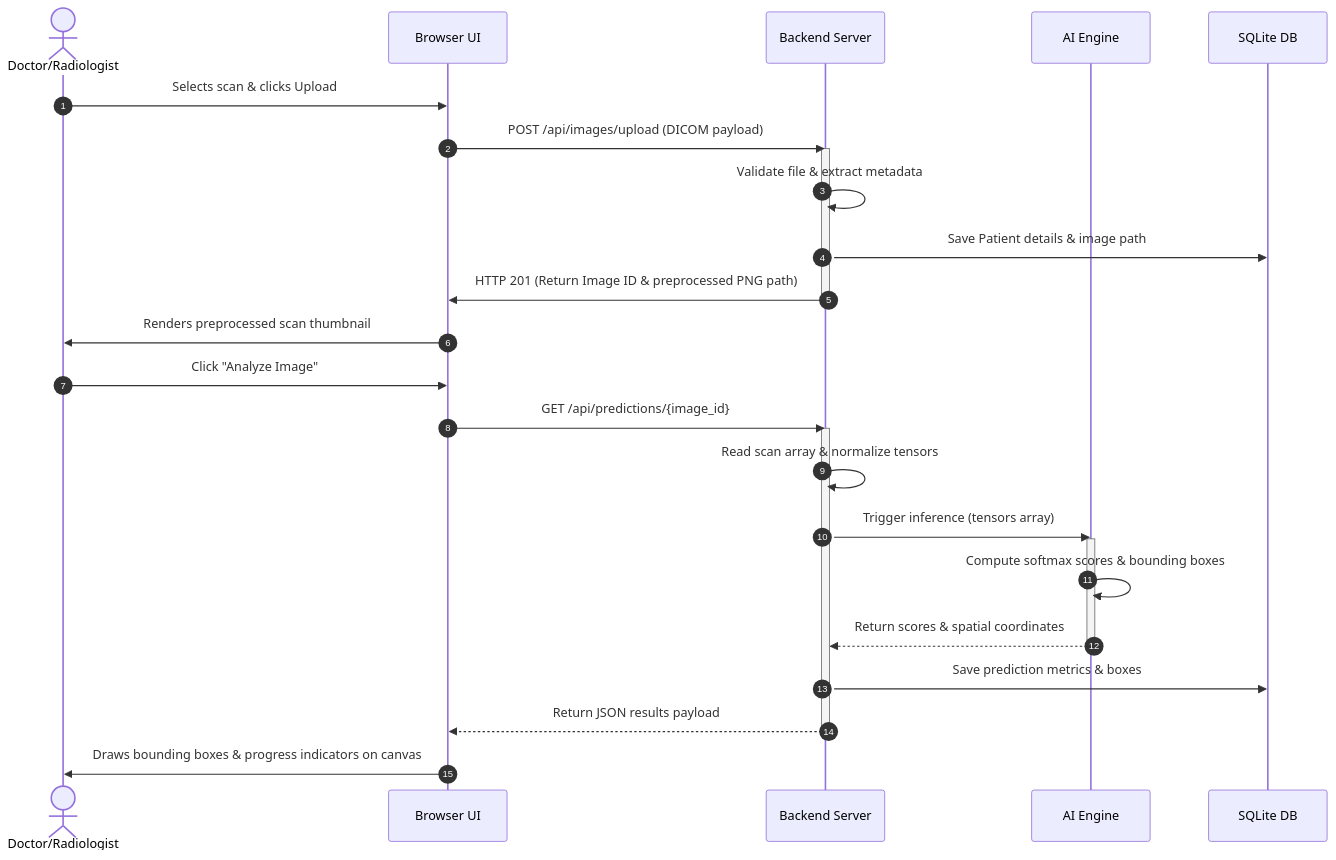
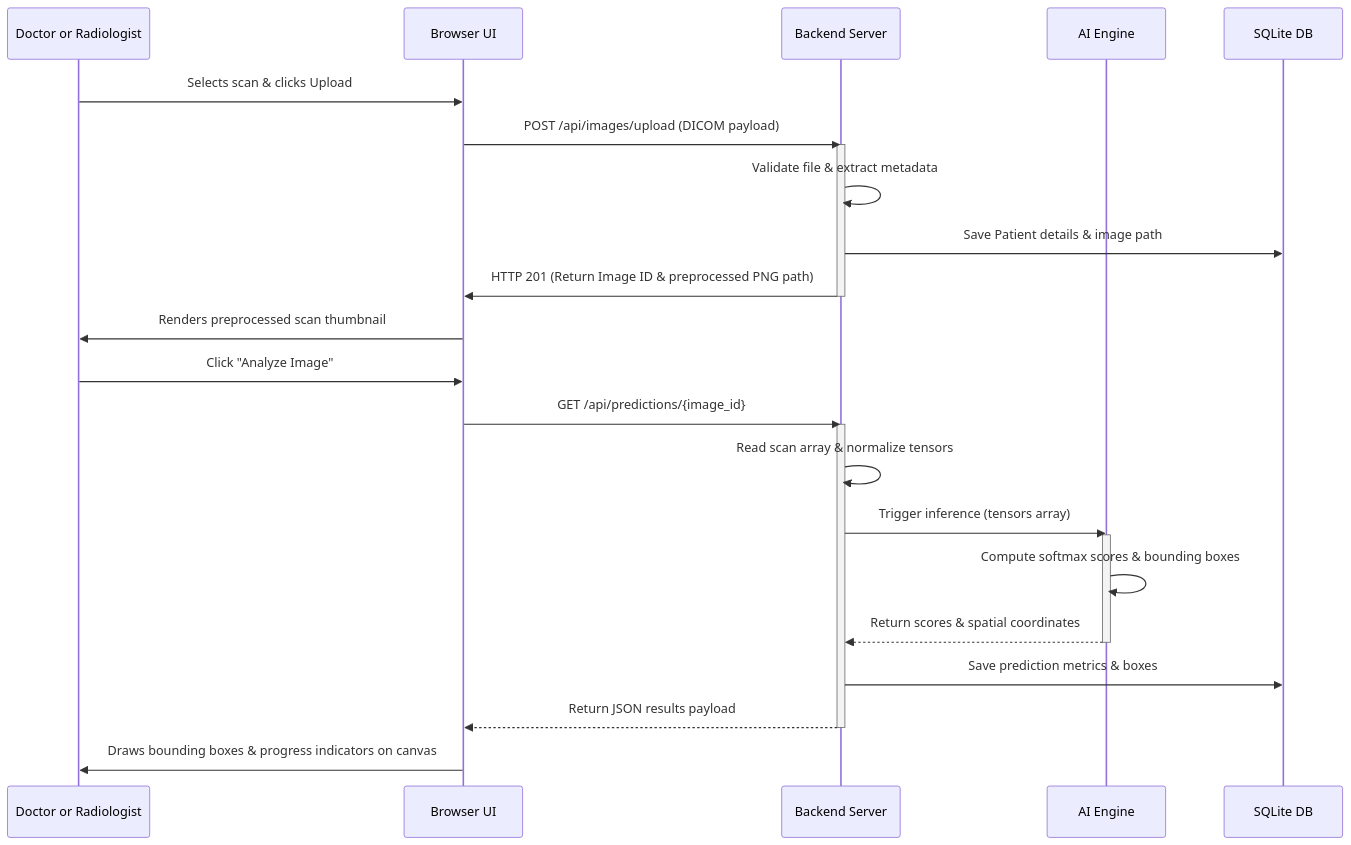
The fourth of 5 diagrams in docs/Doc2_Design/SDD.md (alirezakavianifar/Medical-Image-Based-Disease-Detection-and-Classification-System), drawn with Mermaid before and after one commit. The commit also changed other lines of this file and 7 other files, not shown here.

Commit message:
INFRA: Fix all Mermaid diagrams for GitHub v8.8.0 compatibility

````diff
--- a/docs/Doc2_Design/SDD.md
+++ b/docs/Doc2_Design/SDD.md
@@ -211,32 +210,31 @@
 ```mermaid
 sequenceDiagram
-    autonumber
-    actor User as Doctor/Radiologist
+    participant User as Doctor or Radiologist
     participant UI as Browser UI
     participant Server as Backend Server
     participant AI as AI Engine
     participant DB as SQLite DB
 
     User->>UI: Selects scan & clicks Upload
     UI->>Server: POST /api/images/upload (DICOM payload)
     activate Server
     Server->>Server: Validate file & extract metadata
     Server->>DB: Save Patient details & image path
     Server->>UI: HTTP 201 (Return Image ID & preprocessed PNG path)
     deactivate Server
     UI->>User: Renders preprocessed scan thumbnail
 
     User->>UI: Click "Analyze Image"
     UI->>Server: GET /api/predictions/{image_id}
     activate Server
     Server->>Server: Read scan array & normalize tensors
     Server->>AI: Trigger inference (tensors array)
     activate AI
     AI->>AI: Compute softmax scores & bounding boxes
     AI-->>Server: Return scores & spatial coordinates
     deactivate AI
     Server->>DB: Save prediction metrics & boxes
     Server-->>UI: Return JSON results payload
     deactivate Server
     UI->>User: Draws bounding boxes & progress indicators on canvas
 ```
````
